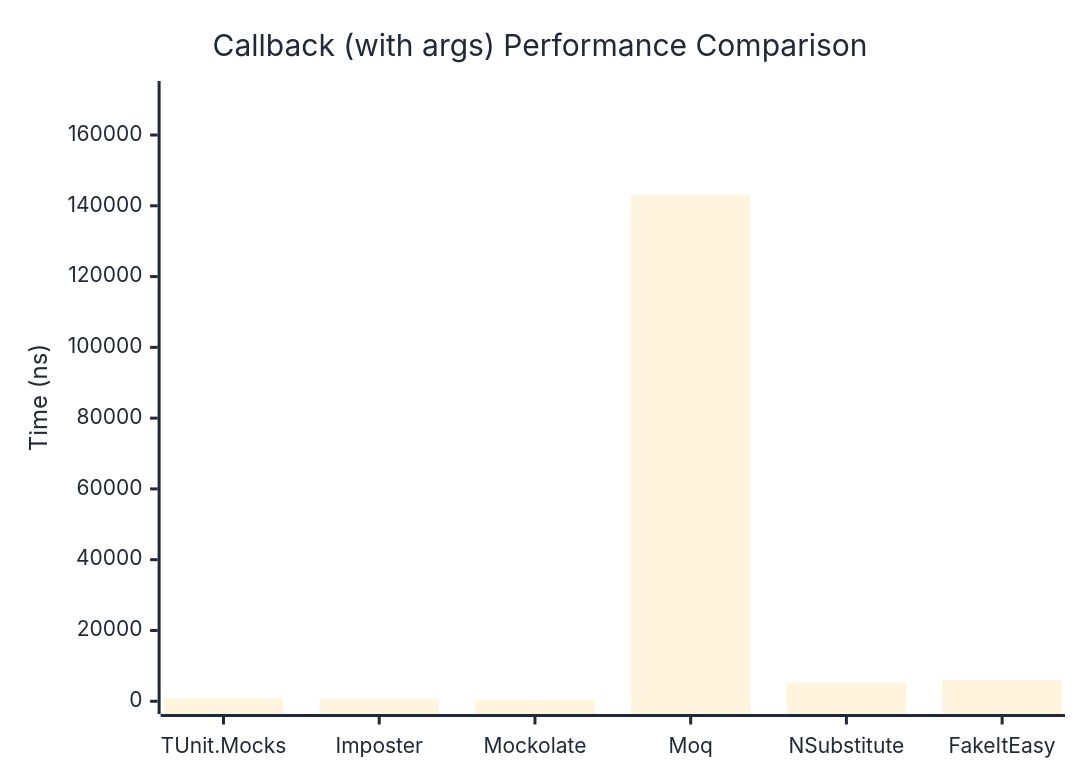
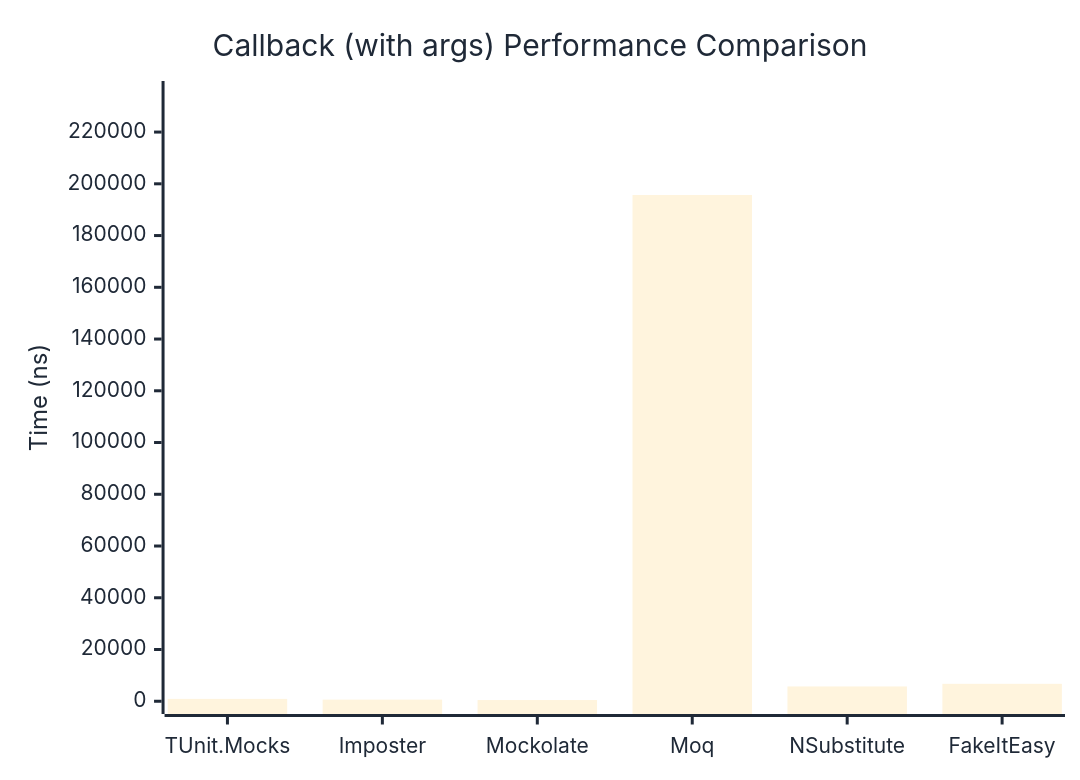
One commit to thomhurst/TUnit changed the second of 2 diagrams in docs/docs/benchmarks/mocks/Callback.md. Above: the diagram before and after it, drawn with Mermaid. The commit also changed other lines of this file and 14 other files, not shown here.

````diff
--- a/docs/docs/benchmarks/mocks/Callback.md
+++ b/docs/docs/benchmarks/mocks/Callback.md
@@ -71,27 +71,27 @@
 ```mermaid
 %%{init: {
   'theme':'base',
   'themeVariables': {
     'primaryColor': '#2563eb',
     'primaryTextColor': '#1f2937',
     'primaryBorderColor': '#1e40af',
     'lineColor': '#6b7280',
     'secondaryColor': '#7c3aed',
     'tertiaryColor': '#dc2626',
     'background': '#ffffff',
     'pie1': '#2563eb',
     'pie2': '#7c3aed',
     'pie3': '#dc2626',
     'pie4': '#f59e0b',
     'pie5': '#10b981',
     'pie6': '#06b6d4',
     'pie7': '#ec4899',
     'pie8': '#6366f1'
   }
 }}%%
 xychart-beta
   title "Callback (with args) Performance Comparison"
   x-axis ["TUnit.Mocks", "Imposter", "Mockolate", "Moq", "NSubstitute", "FakeItEasy"]
-  y-axis "Time (ns)" 0 --> 171663
-  bar [821.1, 579.9, 412.9, 143051.9, 5367, 6014.8]
+  y-axis "Time (ns)" 0 --> 234811
+  bar [911.8, 631.1, 464.8, 195675.8, 5721.5, 6738.9]
 ```
````
